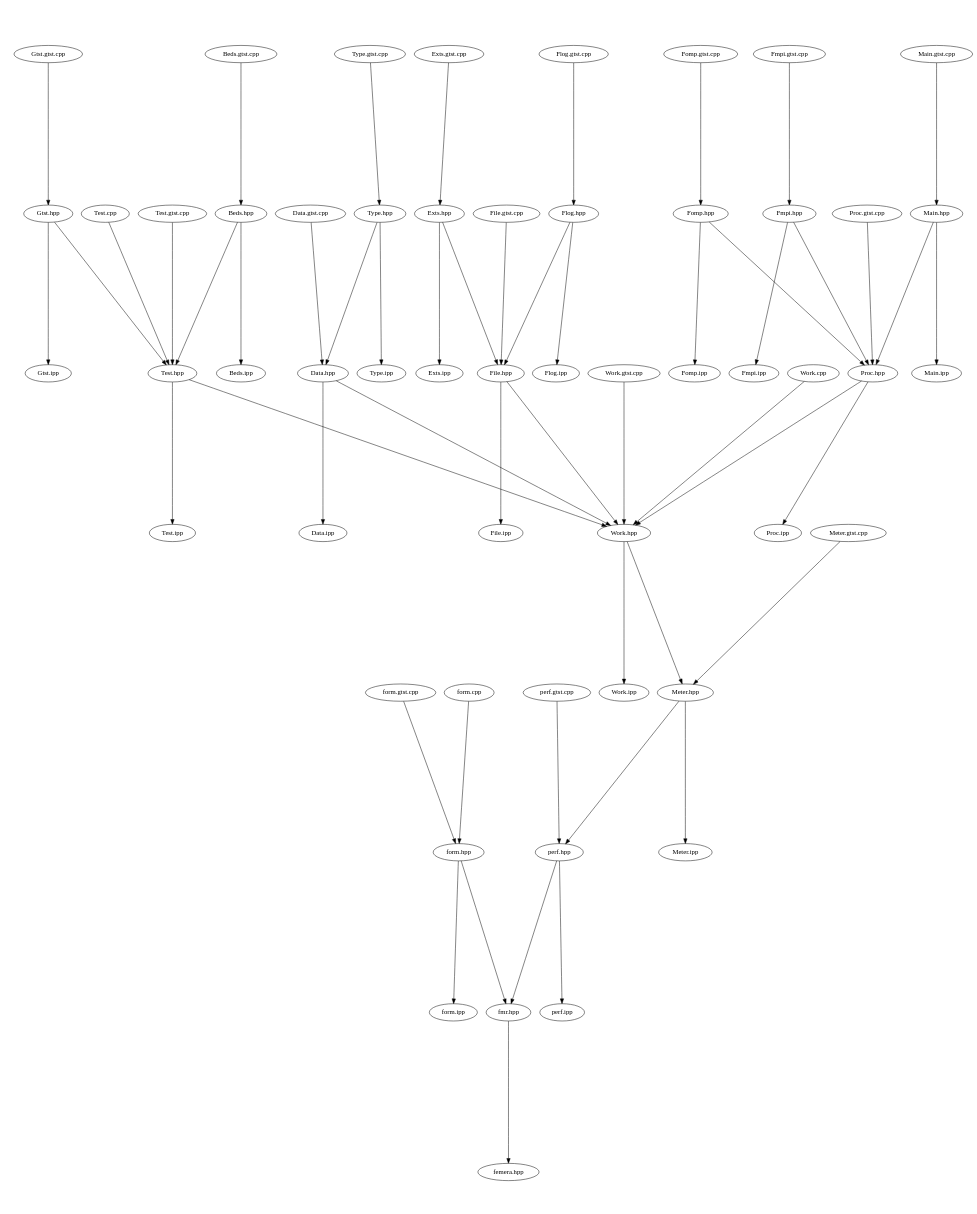
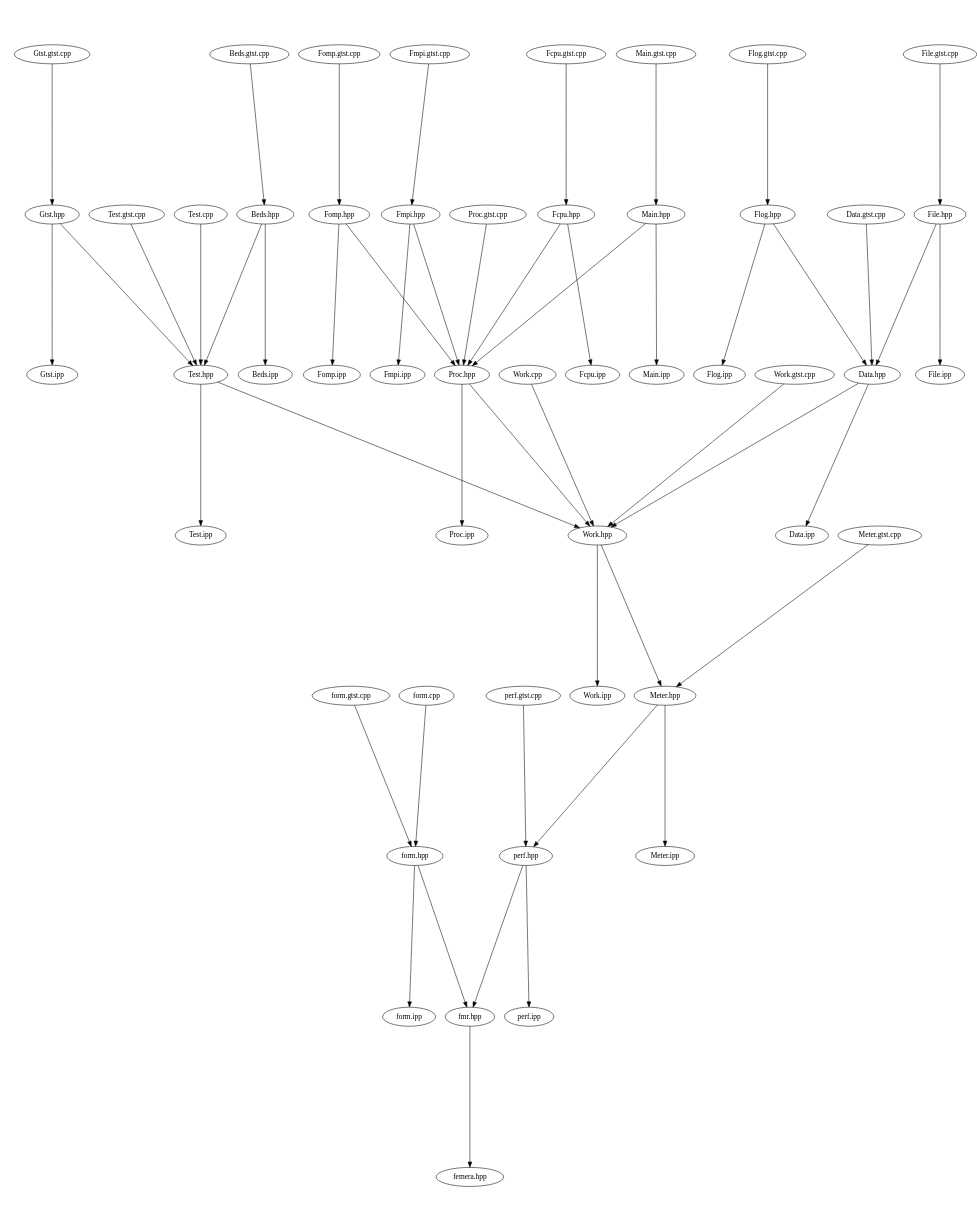
The diagram in src/docs/src.dot (waggyz/femera-mini-app), drawn with Graphviz before and after one commit. The commit also changed 38 other files, not shown here.

```diff
--- a/src/docs/src.dot
+++ b/src/docs/src.dot
@@ -1,60 +1,57 @@
 digraph "source tree" {
     overlap=scale;
     size="8,10";
     ratio="fill";
     fontsize="16";
     fontname="Helvetica";
 	clusterrank="local";
 	"Meter.hpp" -> "perf.hpp"
 	"Fomp.hpp" -> "Fomp.ipp"
 	"Gtst.hpp" -> "Gtst.ipp"
 	"Test.gtst.cpp" -> "Test.hpp"
-	"Exts.hpp" -> "Exts.ipp"
-	"Type.hpp" -> "Data.hpp"
-	"Type.gtst.cpp" -> "Type.hpp"
 	"Fmpi.hpp" -> "Fmpi.ipp"
-	"File.hpp" -> "Work.hpp"
 	"form.cpp" -> "form.hpp"
 	"Flog.gtst.cpp" -> "Flog.hpp"
 	"Fmpi.gtst.cpp" -> "Fmpi.hpp"
 	"perf.hpp" -> "perf.ipp"
+	"Fcpu.hpp" -> "Fcpu.ipp"
 	"File.gtst.cpp" -> "File.hpp"
 	"perf.gtst.cpp" -> "perf.hpp"
 	"Work.cpp" -> "Work.hpp"
 	"Main.hpp" -> "Main.ipp"
 	"Proc.hpp" -> "Proc.ipp"
 	"Test.cpp" -> "Test.hpp"
 	"perf.hpp" -> "fmr.hpp"
-	"Exts.gtst.cpp" -> "Exts.hpp"
 	"Data.gtst.cpp" -> "Data.hpp"
 	"Beds.gtst.cpp" -> "Beds.hpp"
-	"Exts.hpp" -> "File.hpp"
 	"Data.hpp" -> "Data.ipp"
+	"File.hpp" -> "Data.hpp"
 	"Fomp.gtst.cpp" -> "Fomp.hpp"
 	"form.gtst.cpp" -> "form.hpp"
 	"Proc.gtst.cpp" -> "Proc.hpp"
-	"Type.hpp" -> "Type.ipp"
 	"Work.hpp" -> "Work.ipp"
-	"Fmpi.hpp" -> "Proc.hpp"
 	"Meter.gtst.cpp" -> "Meter.hpp"
 	"Test.hpp" -> "Work.hpp"
+	"Fmpi.hpp" -> "Proc.hpp"
 	"Beds.hpp" -> "Test.hpp"
 	"Gtst.gtst.cpp" -> "Gtst.hpp"
 	"fmr.hpp" -> "femera.hpp"
 	"form.hpp" -> "form.ipp"
 	"form.hpp" -> "fmr.hpp"
 	"Proc.hpp" -> "Work.hpp"
 	"Gtst.hpp" -> "Test.hpp"
+	"Fcpu.gtst.cpp" -> "Fcpu.hpp"
 	"Data.hpp" -> "Work.hpp"
 	"Beds.hpp" -> "Beds.ipp"
 	"Work.hpp" -> "Meter.hpp"
 	"Main.gtst.cpp" -> "Main.hpp"
+	"Fcpu.hpp" -> "Proc.hpp"
 	"Work.gtst.cpp" -> "Work.hpp"
 	"Fomp.hpp" -> "Proc.hpp"
+	"Flog.hpp" -> "Data.hpp"
 	"Main.hpp" -> "Proc.hpp"
 	"File.hpp" -> "File.ipp"
 	"Flog.hpp" -> "Flog.ipp"
-	"Flog.hpp" -> "File.hpp"
 	"Meter.hpp" -> "Meter.ipp"
 	"Test.hpp" -> "Test.ipp"
 }
```
